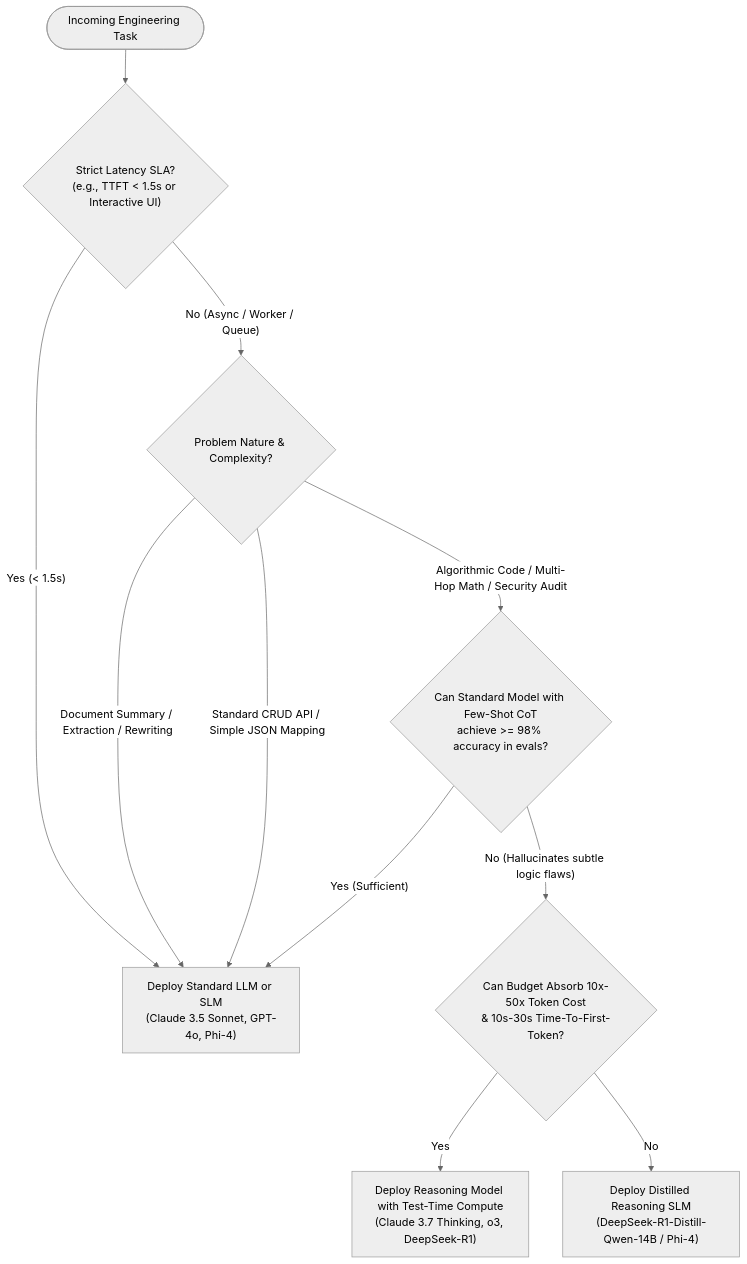
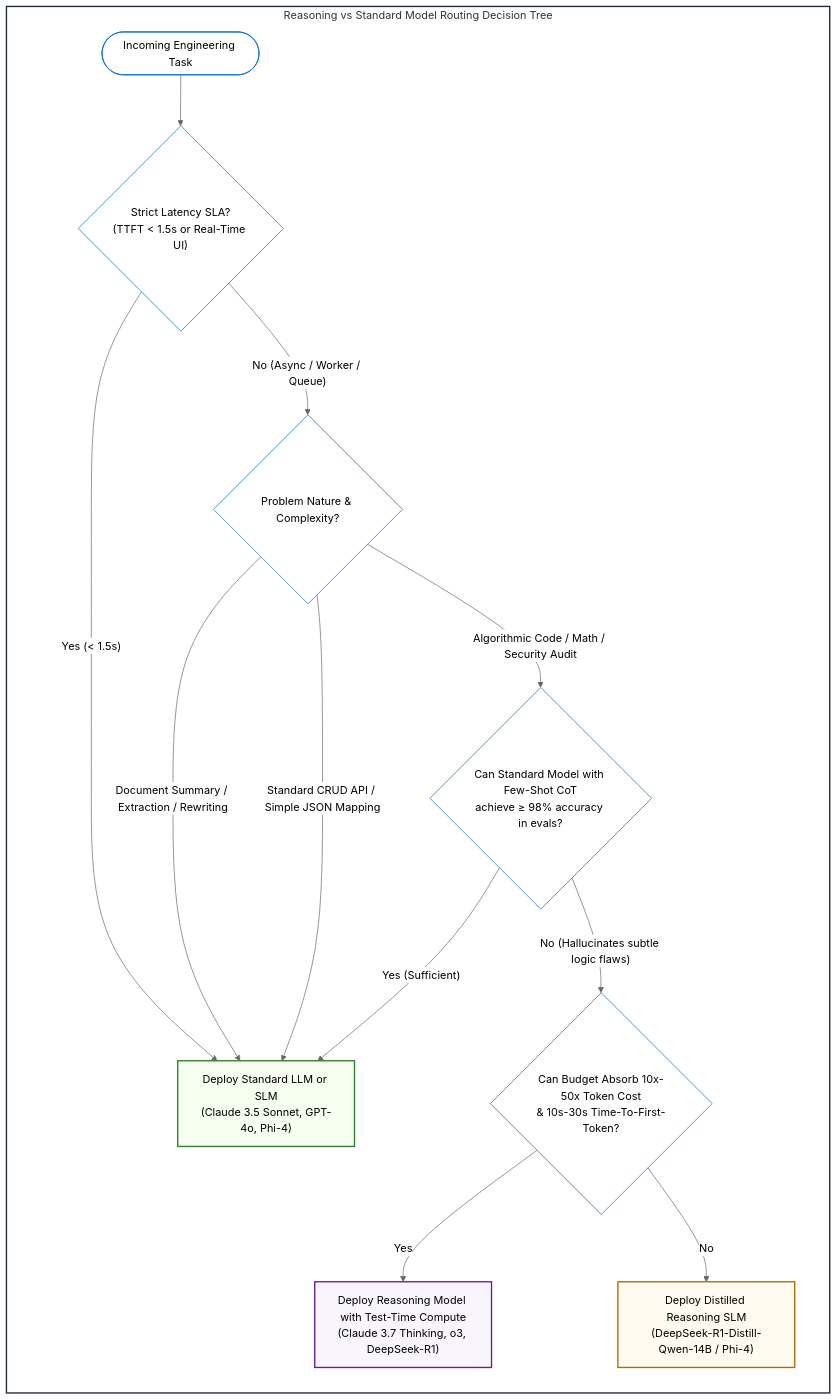
One commit to dip4k/senior-engineer-to-ai-engineer-roadmap changed the third of 3 diagrams in 00-foundations-and-token-mechanics/04-test-time-compute-and-reasoning-models.md. Above: the diagram before and after it, drawn with Mermaid (neutral theme). The commit also changed other lines of this file and 6 other files, not shown here.

````diff
--- a/00-foundations-and-token-mechanics/04-test-time-compute-and-reasoning-models.md
+++ b/00-foundations-and-token-mechanics/04-test-time-compute-and-reasoning-models.md
@@ -365,18 +411,33 @@
 ```mermaid
 flowchart TD
-    Start(["Incoming Engineering Task"]) --> LatencyCheck{"Strict Latency SLA?\n(e.g., TTFT < 1.5s or Interactive UI)"}
-    
-    LatencyCheck -- "Yes (< 1.5s)" --> FastPath["Deploy Standard LLM or SLM\n(Claude 3.5 Sonnet, GPT-4o, Phi-4)"]
-    LatencyCheck -- "No (Async / Worker / Queue)" --> TaskType{"Problem Nature & Complexity?"}
-    
-    TaskType -- "Document Summary / Extraction / Rewriting" --> FastPath
-    TaskType -- "Standard CRUD API / Simple JSON Mapping" --> FastPath
-    
-    TaskType -- "Algorithmic Code / Multi-Hop Math / Security Audit" --> AccuracyCheck{"Can Standard Model with Few-Shot CoT\nachieve >= 98% accuracy in evals?"}
-    
-    AccuracyCheck -- "Yes (Sufficient)" --> FastPath
-    AccuracyCheck -- "No (Hallucinates subtle logic flaws)" --> BudgetCheck{"Can Budget Absorb 10x-50x Token Cost\n& 10s-30s Time-To-First-Token?"}
-    
-    BudgetCheck -- "Yes" --> ReasoningTier["Deploy Reasoning Model with Test-Time Compute\n(Claude 3.7 Thinking, o3, DeepSeek-R1)"]
-    BudgetCheck -- "No" --> DistillTier["Deploy Distilled Reasoning SLM\n(DeepSeek-R1-Distill-Qwen-14B / Phi-4)"]
+    subgraph ROUTER["Reasoning vs Standard Model Routing Decision Tree"]
+        direction TB
+
+        Start(["Incoming Engineering Task"]) --> LatencyCheck{"Strict Latency SLA?<br>(TTFT < 1.5s or Real-Time UI)"}
+        
+        LatencyCheck -- "Yes (< 1.5s)" --> FastPath["Deploy Standard LLM or SLM<br>(Claude 3.5 Sonnet, GPT-4o, Phi-4)"]
+        LatencyCheck -- "No (Async / Worker / Queue)" --> TaskType{"Problem Nature & Complexity?"}
+        
+        TaskType -- "Document Summary / Extraction / Rewriting" --> FastPath
+        TaskType -- "Standard CRUD API / Simple JSON Mapping" --> FastPath
+        
+        TaskType -- "Algorithmic Code / Math / Security Audit" --> AccuracyCheck{"Can Standard Model with Few-Shot CoT<br>achieve ≥ 98% accuracy in evals?"}
+        
+        AccuracyCheck -- "Yes (Sufficient)" --> FastPath
+        AccuracyCheck -- "No (Hallucinates subtle logic flaws)" --> BudgetCheck{"Can Budget Absorb 10x-50x Token Cost<br>& 10s-30s Time-To-First-Token?"}
+        
+        BudgetCheck -- "Yes" --> ReasoningTier["Deploy Reasoning Model with Test-Time Compute<br>(Claude 3.7 Thinking, o3, DeepSeek-R1)"]
+        BudgetCheck -- "No" --> DistillTier["Deploy Distilled Reasoning SLM<br>(DeepSeek-R1-Distill-Qwen-14B / Phi-4)"]
+    end
+
+    style ROUTER fill:#ffffff,stroke:#1e293b,stroke-width:2px
+    style FastPath fill:#f6fff0,stroke:#2e7d32,stroke-width:2px
+    style ReasoningTier fill:#f8f5ff,stroke:#6a1b9a,stroke-width:2px
+    style DistillTier fill:#fffbf0,stroke:#b26b00,stroke-width:2px
+
+    style Start fill:#ffffff,stroke:#0066cc,stroke-width:1px
+    style LatencyCheck fill:#ffffff,stroke:#0066cc,stroke-width:1px
+    style TaskType fill:#ffffff,stroke:#0066cc,stroke-width:1px
+    style AccuracyCheck fill:#ffffff,stroke:#0066cc,stroke-width:1px
+    style BudgetCheck fill:#ffffff,stroke:#0066cc,stroke-width:1px
 ```
````
